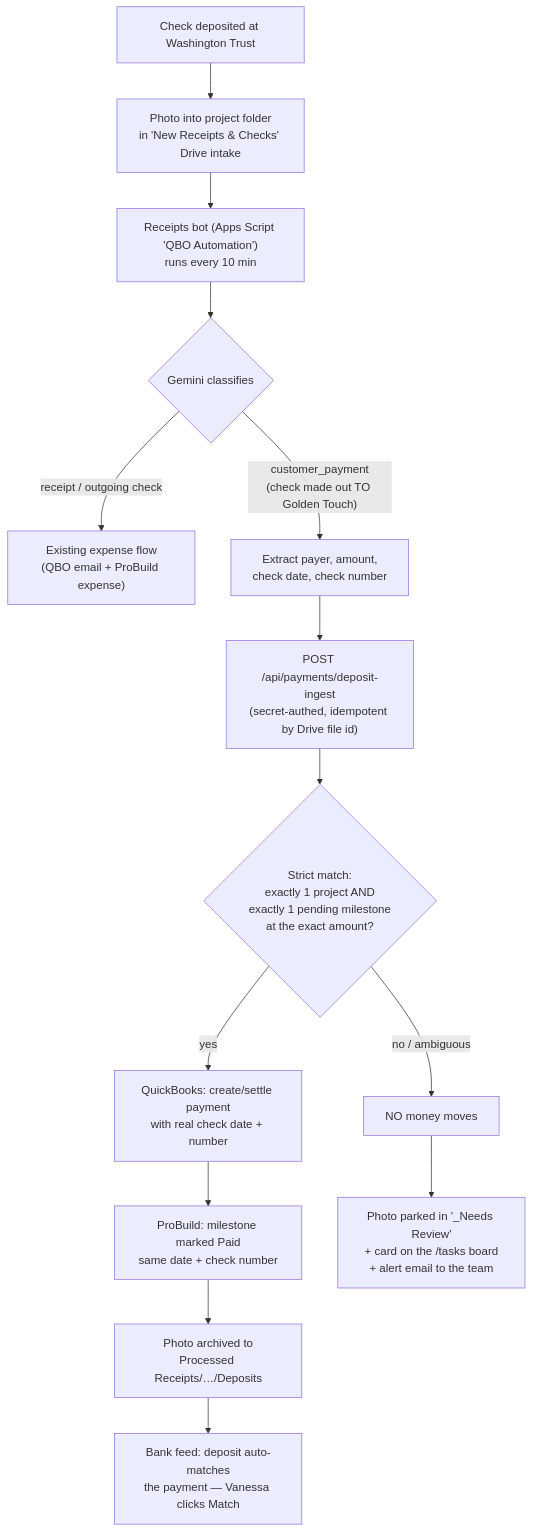
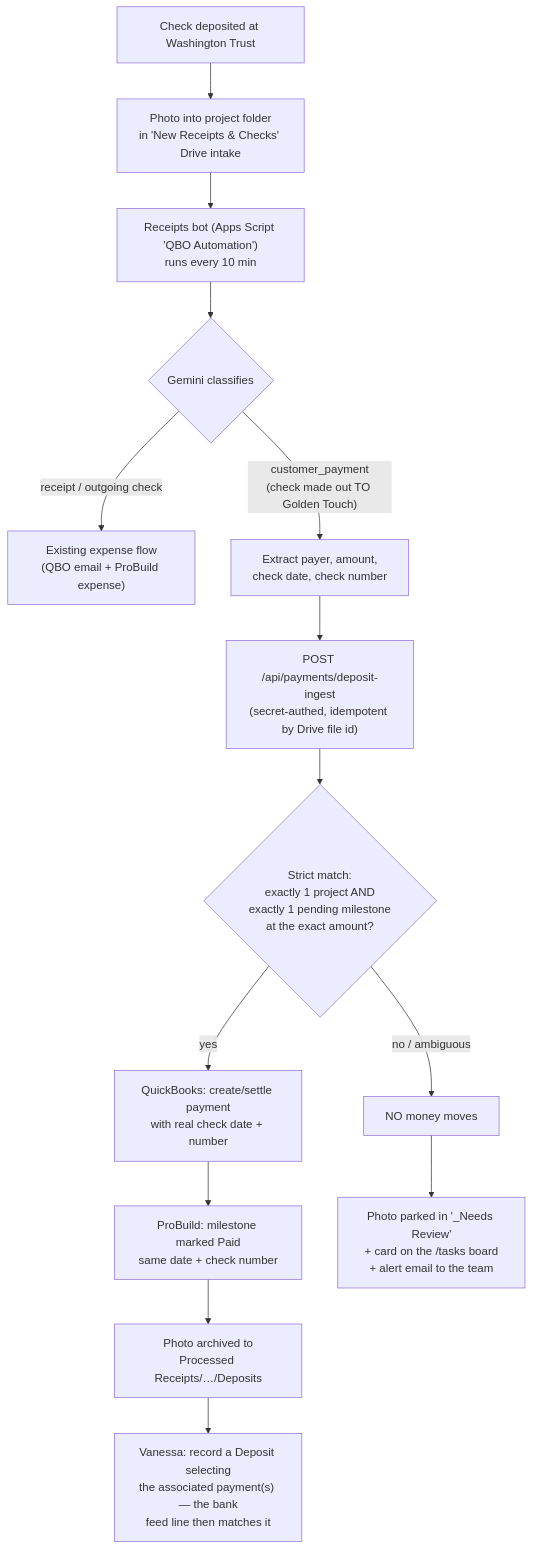
The first of 3 diagrams in docs/DEPOSIT-PIPELINE.md (Clarion1631/probuild), drawn with Mermaid before and after one commit. The commit also changed other lines of this file, not shown here.

First line of the commit message:
docs(deposit-pipeline): adopt Vanessa's deposit-then-match workflow

````diff
--- a/docs/DEPOSIT-PIPELINE.md
+++ b/docs/DEPOSIT-PIPELINE.md
@@ -13,16 +13,16 @@
 ```mermaid
 flowchart TD
     A["Check deposited at Washington Trust"] --> B["Photo into project folder<br/>in 'New Receipts & Checks' Drive intake"]
     B --> C["Receipts bot (Apps Script 'QBO Automation')<br/>runs every 10 min"]
     C --> D{"Gemini classifies"}
     D -- "receipt / outgoing check" --> E["Existing expense flow<br/>(QBO email + ProBuild expense)"]
     D -- "customer_payment<br/>(check made out TO Golden Touch)" --> F["Extract payer, amount,<br/>check date, check number"]
     F --> G["POST /api/payments/deposit-ingest<br/>(secret-authed, idempotent by Drive file id)"]
     G --> H{"Strict match:<br/>exactly 1 project AND<br/>exactly 1 pending milestone<br/>at the exact amount?"}
     H -- "yes" --> I["QuickBooks: create/settle payment<br/>with real check date + number"]
     I --> J["ProBuild: milestone marked Paid<br/>same date + check number"]
     J --> K["Photo archived to<br/>Processed Receipts/…/Deposits"]
-    K --> L["Bank feed: deposit auto-matches<br/>the payment — Vanessa clicks Match"]
+    K --> L["Vanessa: record a Deposit selecting<br/>the associated payment(s) — the bank<br/>feed line then matches it"]
     H -- "no / ambiguous" --> M["NO money moves"]
     M --> N["Photo parked in '_Needs Review'<br/>+ card on the /tasks board<br/>+ alert email to the team"]
 ```
````
